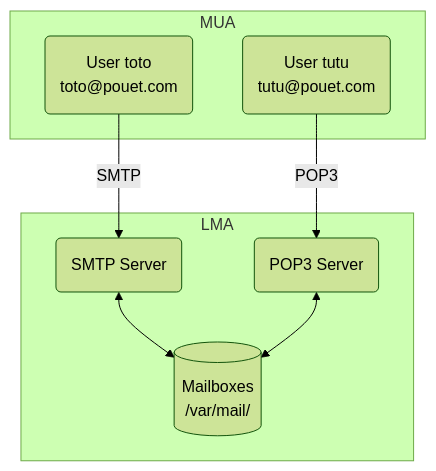
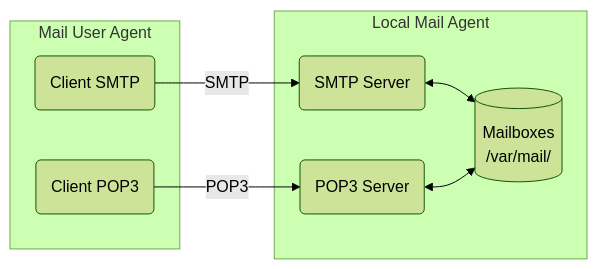
Before and after one commit to orel33/local-mail-agent: the diagram in README.md, drawn with Mermaid (forest theme). The commit also changed other lines of this file, not shown here.

Commit message:
maj MUA / LMA

````diff
--- a/README.md
+++ b/README.md
@@ -43,15 +48,15 @@
 ```mermaid
-flowchart TD;
-    subgraph MUA
-        MUA1("User toto\n toto@pouet.com");
-        MUA2("User tutu\n tutu@pouet.com");
+flowchart LR;
+    subgraph "Mail User Agent"
+        SMTPC("Client SMTP");
+        POP3C("Client POP3");
     end
-    subgraph LMA
-        SSMTP("SMTP Server");
-        SPOP3("POP3 Server");
+    subgraph "Local Mail Agent"
+        SMTPS("SMTP Server");
+        POP3S("POP3 Server");
         MX[("Mailboxes\n /var/mail/")];
     end
-    MUA1 -- SMTP --> SSMTP;
-    MUA2 -- POP3 --> SPOP3;
-    SSMTP & SPOP3 <--> MX;
+    SMTPC-- SMTP --> SMTPS;
+    POP3C-- POP3 --> POP3S;
+    SMTPS & POP3S <--> MX;
 ```
````
